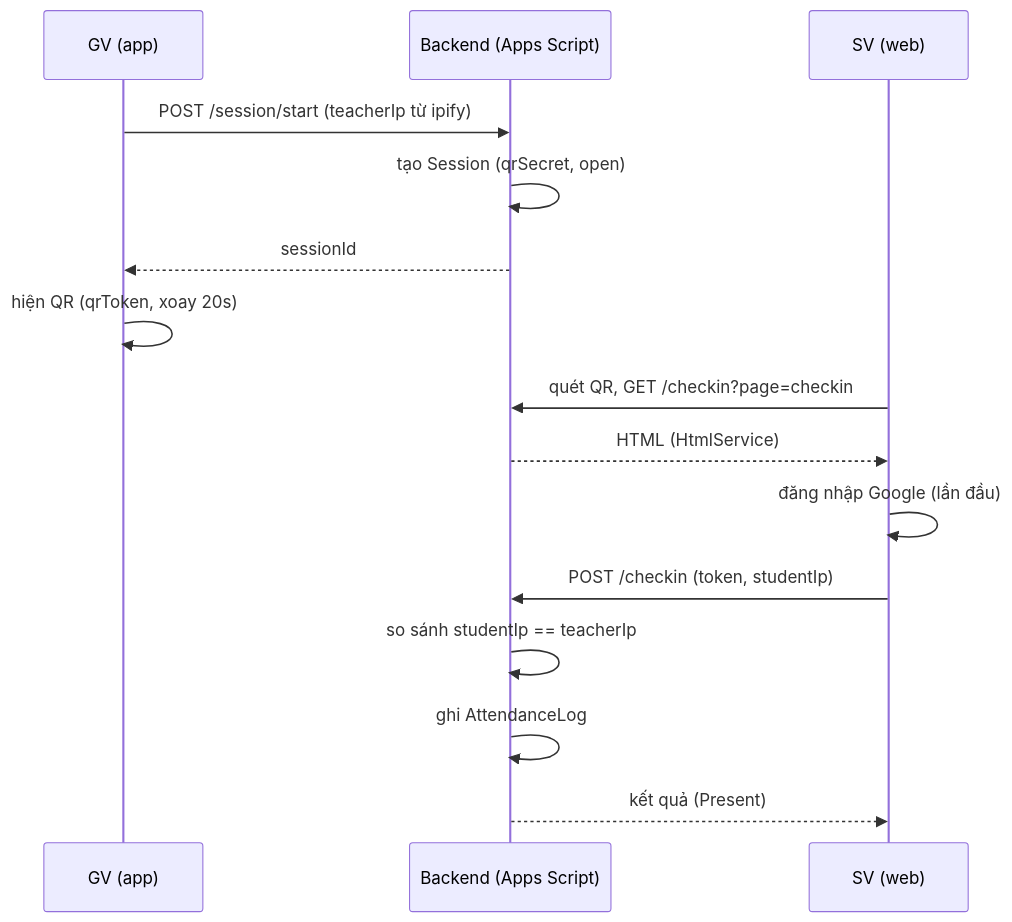
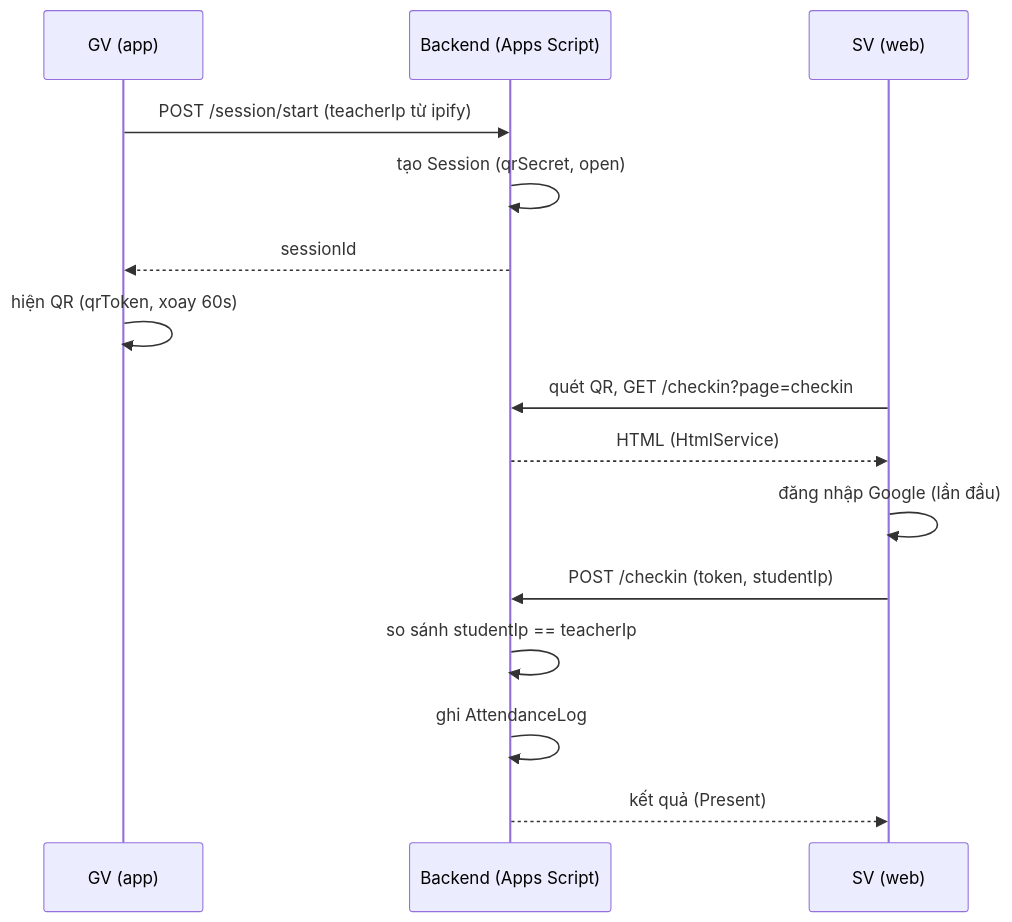
One commit to ducminh852005/fapcheckin changed the diagram in docs/02-luong-diem-danh-qr.md. Above: the diagram before and after it, drawn with Mermaid. The commit also changed other lines of this file and 21 other files, not shown here.

````diff
--- a/docs/02-luong-diem-danh-qr.md
+++ b/docs/02-luong-diem-danh-qr.md
@@ -9,19 +9,19 @@
 ```mermaid
 sequenceDiagram
     participant GV as GV (app)
     participant BE as Backend (Apps Script)
     participant SV as SV (web)
 
     GV->>BE: POST /session/start (teacherIp từ ipify)
     BE->>BE: tạo Session (qrSecret, open)
     BE-->>GV: sessionId
-    GV->>GV: hiện QR (qrToken, xoay 20s)
+    GV->>GV: hiện QR (qrToken, xoay 60s)
 
     SV->>BE: quét QR, GET /checkin?page=checkin
     BE-->>SV: HTML (HtmlService)
     SV->>SV: đăng nhập Google (lần đầu)
     SV->>BE: POST /checkin (token, studentIp)
     BE->>BE: so sánh studentIp == teacherIp
     BE->>BE: ghi AttendanceLog
     BE-->>SV: kết quả (Present)
 ```
````
